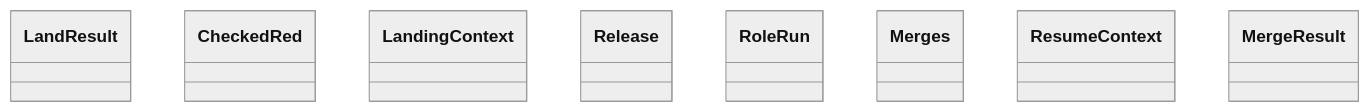
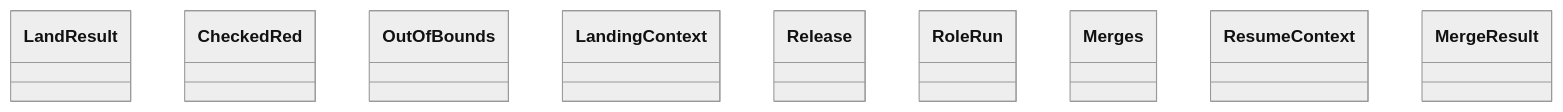
Before and after one commit to GonzaloZevallos/agentic-system: the diagram in docs/architecture/generated/classes-process-application-landing.md, drawn with Mermaid (neutral theme). The commit also changed 6 other files, not shown here.

First line of the commit message:
Apply the owner's ADR decision within content bounds: bound lines may move, out_of_bounds names the lines, every apply records bounds (GH-576)

````diff
--- a/docs/architecture/generated/classes-process-application-landing.md
+++ b/docs/architecture/generated/classes-process-application-landing.md
@@ -17,11 +17,12 @@
 ```mermaid
 classDiagram
     class landing__LandResult["LandResult"]
     class landing_adr__CheckedRed["CheckedRed"]
+    class landing_adr__OutOfBounds["OutOfBounds"]
     class landing_plan__LandingContext["LandingContext"]
     class landing_plan__Release["Release"]
     class landing_plan__RoleRun["RoleRun"]
     class landing_sync__Merges["Merges"]
     class landing_sync__ResumeContext["ResumeContext"]
     class merge__MergeResult["MergeResult"]
 ```
````
